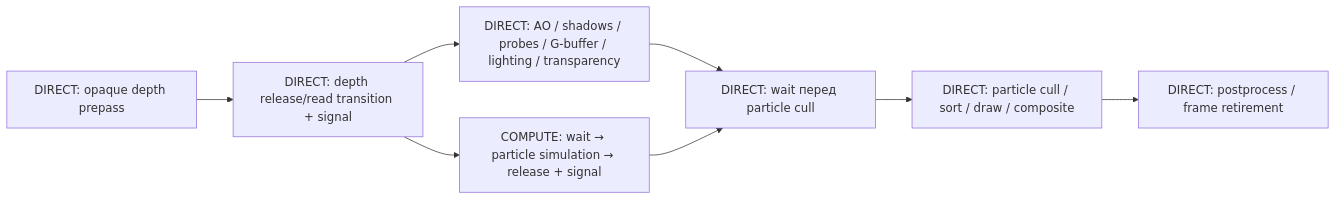
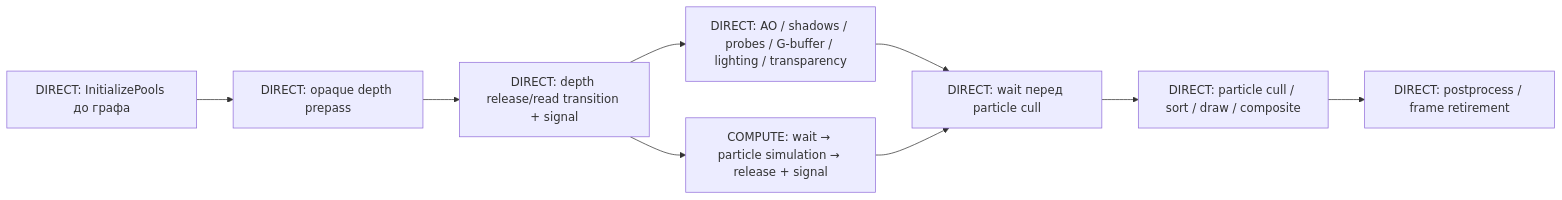
The diagram in docs/tasks/async-compute-rollout.md (Pepengineers/PEPEngine2), drawn with Mermaid before and after one commit. The commit also changed other lines of this file, not shown here.

````diff
--- a/docs/tasks/async-compute-rollout.md
+++ b/docs/tasks/async-compute-rollout.md
@@ -44,10 +46,11 @@
 ```mermaid
 flowchart LR
+    I[DIRECT: InitializePools до графа] --> D
     D[DIRECT: opaque depth prepass] --> R[DIRECT: depth release/read transition + signal]
     R --> C[COMPUTE: wait → particle simulation → release + signal]
     R --> G[DIRECT: AO / shadows / probes / G-buffer / lighting / transparency]
     G --> J[DIRECT: wait перед particle cull]
     C --> J
     J --> P[DIRECT: particle cull / sort / draw / composite]
     P --> F[DIRECT: postprocess / frame retirement]
 ```
````
